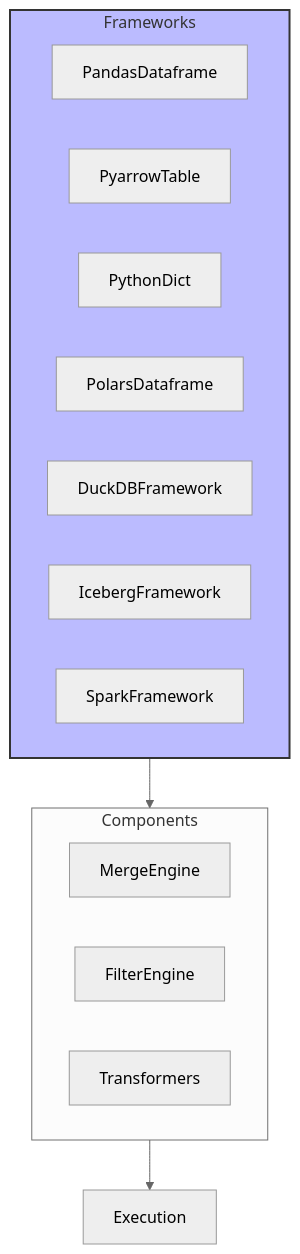
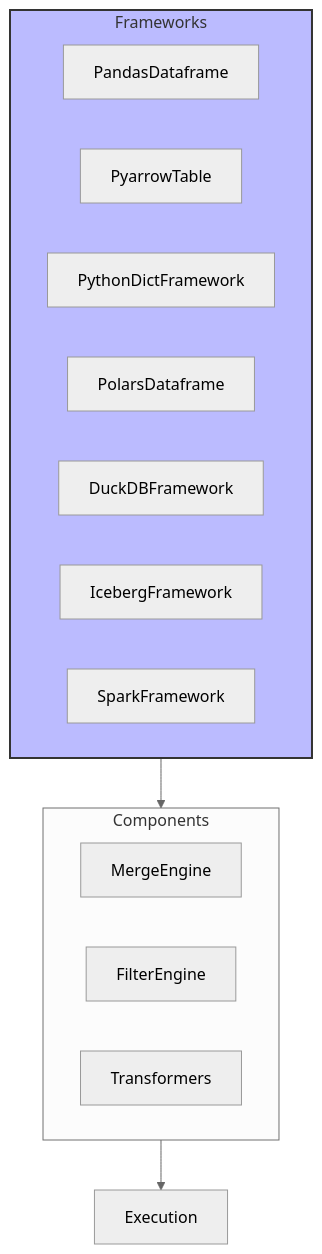
One commit to mloda-ai/mloda changed the first of 2 diagrams in memory-bank/compute_frameworks.md. Above: the diagram before and after it, drawn with Mermaid (neutral theme). The commit also changed other lines of this file and 5 other files, not shown here.

````diff
--- a/memory-bank/compute_frameworks.md
+++ b/memory-bank/compute_frameworks.md
@@ -7,23 +7,23 @@
 ```mermaid
 graph TD
     subgraph Frameworks
         PD[PandasDataframe]
         PA[PyarrowTable]
-        PY[PythonDict]
+        PY[PythonDictFramework]
         PL[PolarsDataframe]
         DB[DuckDBFramework]
         IC[IcebergFramework]
         SP[SparkFramework]
     end
     
     subgraph Components
         ME[MergeEngine]
         FE[FilterEngine]
         TR[Transformers]
     end
     
     Frameworks --> Components
     Components --> Exec[Execution]
     
     style Frameworks fill:#bbf,stroke:#333,stroke-width:2px
 ```
````
